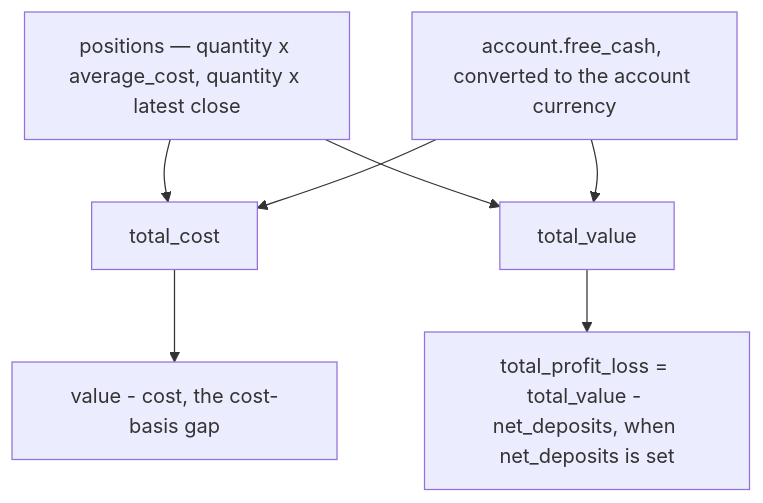
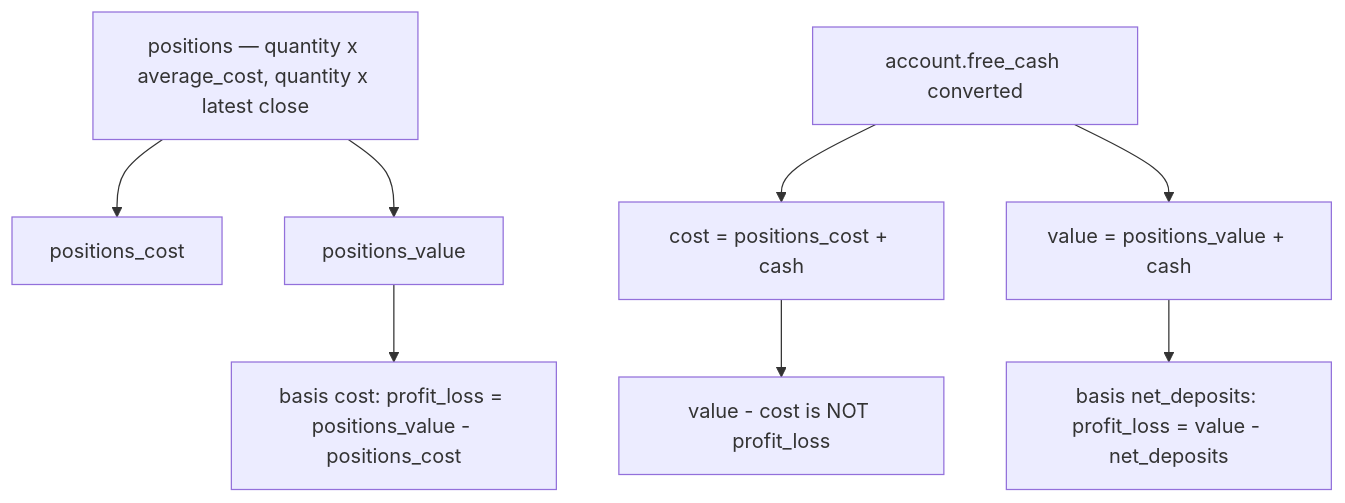
Before and after one commit to havekes/retail-portfolio: the third of 3 diagrams in openwiki/concepts/money-and-currency.md, drawn with Mermaid. The commit also changed other lines of this file and 57 other files, not shown here.

````diff
--- a/openwiki/concepts/money-and-currency.md
+++ b/openwiki/concepts/money-and-currency.md
@@ -238,9 +339,10 @@
 ```mermaid
 flowchart TD
-  pos["positions — quantity x average_cost, quantity x latest close"] --> cost["total_cost"]
-  pos --> value["total_value"]
-  cash["account.free_cash, converted to the account currency"] --> cost
-  cash --> value
-  value --> pl["total_profit_loss = total_value - net_deposits, when net_deposits is set"]
-  cost --> gap["value - cost, the cost-basis gap"]
+  pos["positions — quantity x average_cost, quantity x latest close"] --> pcost["positions_cost"]
+  pos --> pval["positions_value"]
+  cash["account.free_cash converted"] --> cost["cost = positions_cost + cash"]
+  cash --> value["value = positions_value + cash"]
+  pval --> plbasis["basis cost: profit_loss = positions_value - positions_cost"]
+  value --> ndbasis["basis net_deposits: profit_loss = value - net_deposits"]
+  cost --> gap["value - cost is NOT profit_loss"]
 ```
````
